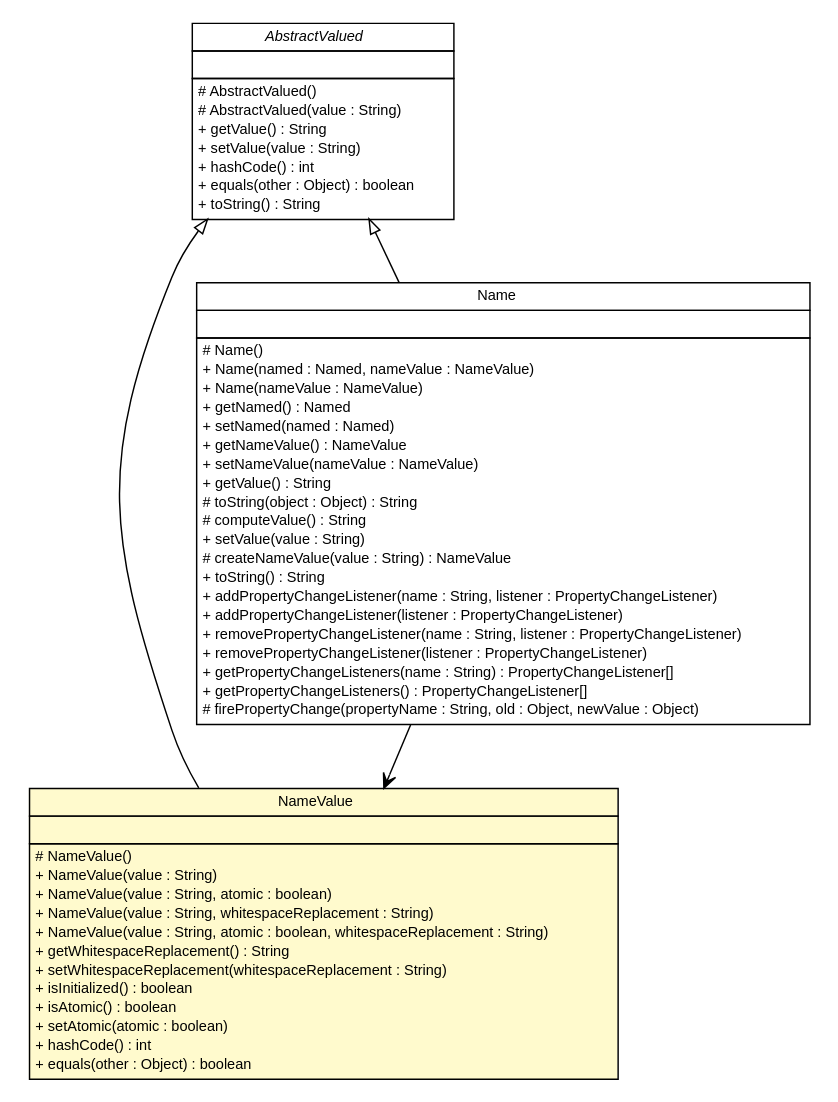
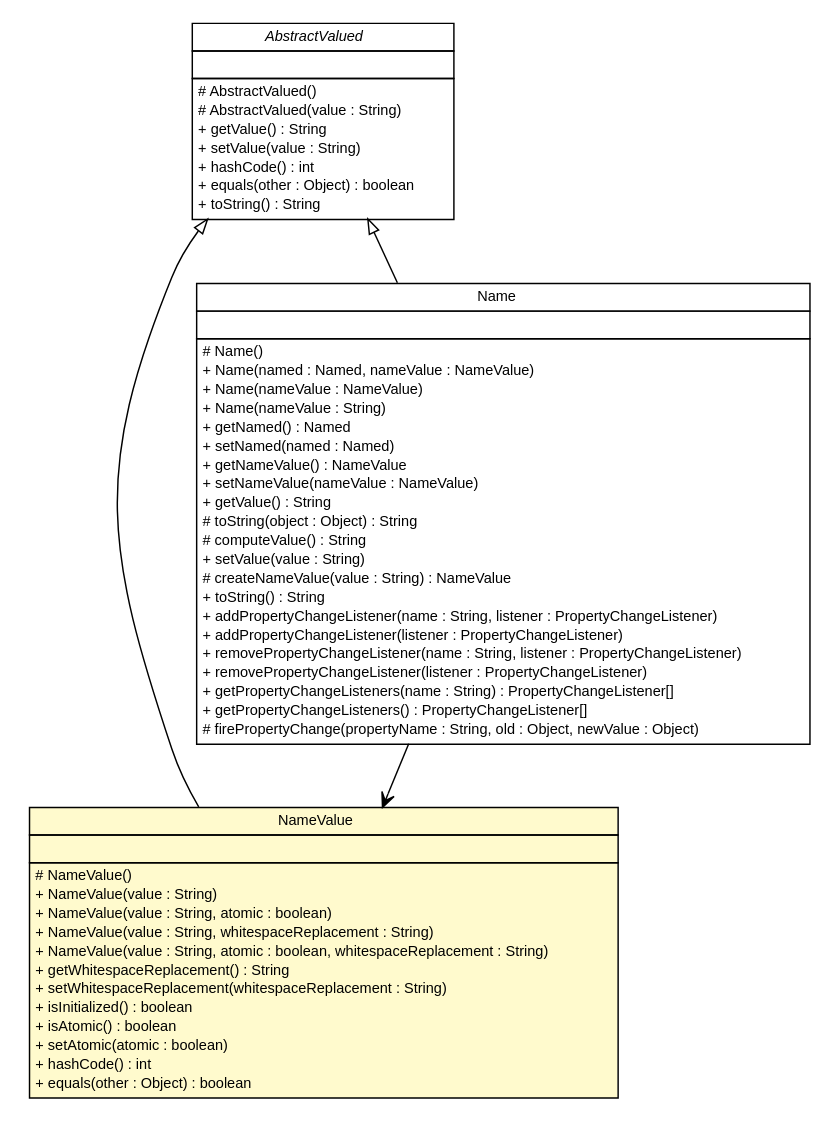
One commit to ljnelson/nomen changed the diagram in apidocs/com/edugility/nomen/NameValue.dot. Above: the diagram before and after it, drawn with Graphviz. The commit also changed 155 other files, not shown here.

```diff
--- a/apidocs/com/edugility/nomen/NameValue.dot
+++ b/apidocs/com/edugility/nomen/NameValue.dot
@@ -1,90 +1,91 @@
 #!/usr/local/bin/dot
 #
 # Class diagram 
 # Generated by UMLGraph version R5_6-24-gf6e263 (http://www.umlgraph.org/)
 #
 
 digraph G {
 	edge [fontname="Helvetica",fontsize=10,labelfontname="Helvetica",labelfontsize=10];
 	node [fontname="Helvetica",fontsize=10,shape=plaintext];
 	nodesep=0.25;
 	ranksep=0.5;
 	// com.edugility.nomen.NameValue
-	c94 [label=<<table title="com.edugility.nomen.NameValue" border="0" cellborder="1" cellspacing="0" cellpadding="2" port="p" bgcolor="lemonChiffon" href="./NameValue.html">
+	c159 [label=<<table title="com.edugility.nomen.NameValue" border="0" cellborder="1" cellspacing="0" cellpadding="2" port="p" bgcolor="lemonChiffon" href="./NameValue.html">
 		<tr><td><table border="0" cellspacing="0" cellpadding="1">
 <tr><td align="center" balign="center"> NameValue </td></tr>
 		</table></td></tr>
 		<tr><td><table border="0" cellspacing="0" cellpadding="1">
 <tr><td align="left" balign="left">  </td></tr>
 		</table></td></tr>
 		<tr><td><table border="0" cellspacing="0" cellpadding="1">
 <tr><td align="left" balign="left"> # NameValue() </td></tr>
 <tr><td align="left" balign="left"> + NameValue(value : String) </td></tr>
 <tr><td align="left" balign="left"> + NameValue(value : String, atomic : boolean) </td></tr>
 <tr><td align="left" balign="left"> + NameValue(value : String, whitespaceReplacement : String) </td></tr>
 <tr><td align="left" balign="left"> + NameValue(value : String, atomic : boolean, whitespaceReplacement : String) </td></tr>
 <tr><td align="left" balign="left"> + getWhitespaceReplacement() : String </td></tr>
 <tr><td align="left" balign="left"> + setWhitespaceReplacement(whitespaceReplacement : String) </td></tr>
 <tr><td align="left" balign="left"> + isInitialized() : boolean </td></tr>
 <tr><td align="left" balign="left"> + isAtomic() : boolean </td></tr>
 <tr><td align="left" balign="left"> + setAtomic(atomic : boolean) </td></tr>
 <tr><td align="left" balign="left"> + hashCode() : int </td></tr>
 <tr><td align="left" balign="left"> + equals(other : Object) : boolean </td></tr>
 		</table></td></tr>
 		</table>>, URL="./NameValue.html", fontname="Helvetica", fontcolor="black", fontsize=10.0];
 	// com.edugility.nomen.Name
-	c97 [label=<<table title="com.edugility.nomen.Name" border="0" cellborder="1" cellspacing="0" cellpadding="2" port="p" href="./Name.html">
+	c164 [label=<<table title="com.edugility.nomen.Name" border="0" cellborder="1" cellspacing="0" cellpadding="2" port="p" href="./Name.html">
 		<tr><td><table border="0" cellspacing="0" cellpadding="1">
 <tr><td align="center" balign="center"> Name </td></tr>
 		</table></td></tr>
 		<tr><td><table border="0" cellspacing="0" cellpadding="1">
 <tr><td align="left" balign="left">  </td></tr>
 		</table></td></tr>
 		<tr><td><table border="0" cellspacing="0" cellpadding="1">
 <tr><td align="left" balign="left"> # Name() </td></tr>
 <tr><td align="left" balign="left"> + Name(named : Named, nameValue : NameValue) </td></tr>
 <tr><td align="left" balign="left"> + Name(nameValue : NameValue) </td></tr>
+<tr><td align="left" balign="left"> + Name(nameValue : String) </td></tr>
 <tr><td align="left" balign="left"> + getNamed() : Named </td></tr>
 <tr><td align="left" balign="left"> + setNamed(named : Named) </td></tr>
 <tr><td align="left" balign="left"> + getNameValue() : NameValue </td></tr>
 <tr><td align="left" balign="left"> + setNameValue(nameValue : NameValue) </td></tr>
 <tr><td align="left" balign="left"> + getValue() : String </td></tr>
 <tr><td align="left" balign="left"> # toString(object : Object) : String </td></tr>
 <tr><td align="left" balign="left"> # computeValue() : String </td></tr>
 <tr><td align="left" balign="left"> + setValue(value : String) </td></tr>
 <tr><td align="left" balign="left"> # createNameValue(value : String) : NameValue </td></tr>
 <tr><td align="left" balign="left"> + toString() : String </td></tr>
 <tr><td align="left" balign="left"> + addPropertyChangeListener(name : String, listener : PropertyChangeListener) </td></tr>
 <tr><td align="left" balign="left"> + addPropertyChangeListener(listener : PropertyChangeListener) </td></tr>
 <tr><td align="left" balign="left"> + removePropertyChangeListener(name : String, listener : PropertyChangeListener) </td></tr>
 <tr><td align="left" balign="left"> + removePropertyChangeListener(listener : PropertyChangeListener) </td></tr>
 <tr><td align="left" balign="left"> + getPropertyChangeListeners(name : String) : PropertyChangeListener[] </td></tr>
 <tr><td align="left" balign="left"> + getPropertyChangeListeners() : PropertyChangeListener[] </td></tr>
 <tr><td align="left" balign="left"> # firePropertyChange(propertyName : String, old : Object, newValue : Object) </td></tr>
 		</table></td></tr>
 		</table>>, URL="./Name.html", fontname="Helvetica", fontcolor="black", fontsize=10.0];
 	// com.edugility.nomen.AbstractValued
-	c98 [label=<<table title="com.edugility.nomen.AbstractValued" border="0" cellborder="1" cellspacing="0" cellpadding="2" port="p" href="./AbstractValued.html">
+	c166 [label=<<table title="com.edugility.nomen.AbstractValued" border="0" cellborder="1" cellspacing="0" cellpadding="2" port="p" href="./AbstractValued.html">
 		<tr><td><table border="0" cellspacing="0" cellpadding="1">
 <tr><td align="center" balign="center"><font face="Helvetica-Oblique"> AbstractValued </font></td></tr>
 		</table></td></tr>
 		<tr><td><table border="0" cellspacing="0" cellpadding="1">
 <tr><td align="left" balign="left">  </td></tr>
 		</table></td></tr>
 		<tr><td><table border="0" cellspacing="0" cellpadding="1">
 <tr><td align="left" balign="left"> # AbstractValued() </td></tr>
 <tr><td align="left" balign="left"> # AbstractValued(value : String) </td></tr>
 <tr><td align="left" balign="left"> + getValue() : String </td></tr>
 <tr><td align="left" balign="left"> + setValue(value : String) </td></tr>
 <tr><td align="left" balign="left"> + hashCode() : int </td></tr>
 <tr><td align="left" balign="left"> + equals(other : Object) : boolean </td></tr>
 <tr><td align="left" balign="left"> + toString() : String </td></tr>
 		</table></td></tr>
 		</table>>, URL="./AbstractValued.html", fontname="Helvetica", fontcolor="black", fontsize=10.0];
 	//com.edugility.nomen.NameValue extends com.edugility.nomen.AbstractValued
-	c98:p -> c94:p [dir=back,arrowtail=empty];
+	c166:p -> c159:p [dir=back,arrowtail=empty];
 	//com.edugility.nomen.Name extends com.edugility.nomen.AbstractValued
-	c98:p -> c97:p [dir=back,arrowtail=empty];
+	c166:p -> c164:p [dir=back,arrowtail=empty];
 	// com.edugility.nomen.Name NAVASSOC com.edugility.nomen.NameValue
-	c97:p -> c94:p [taillabel="", label="", headlabel="", fontname="Helvetica", fontcolor="black", fontsize=10.0, color="black", arrowhead=open];
+	c164:p -> c159:p [taillabel="", label="", headlabel="", fontname="Helvetica", fontcolor="black", fontsize=10.0, color="black", arrowhead=open];
 }
```
